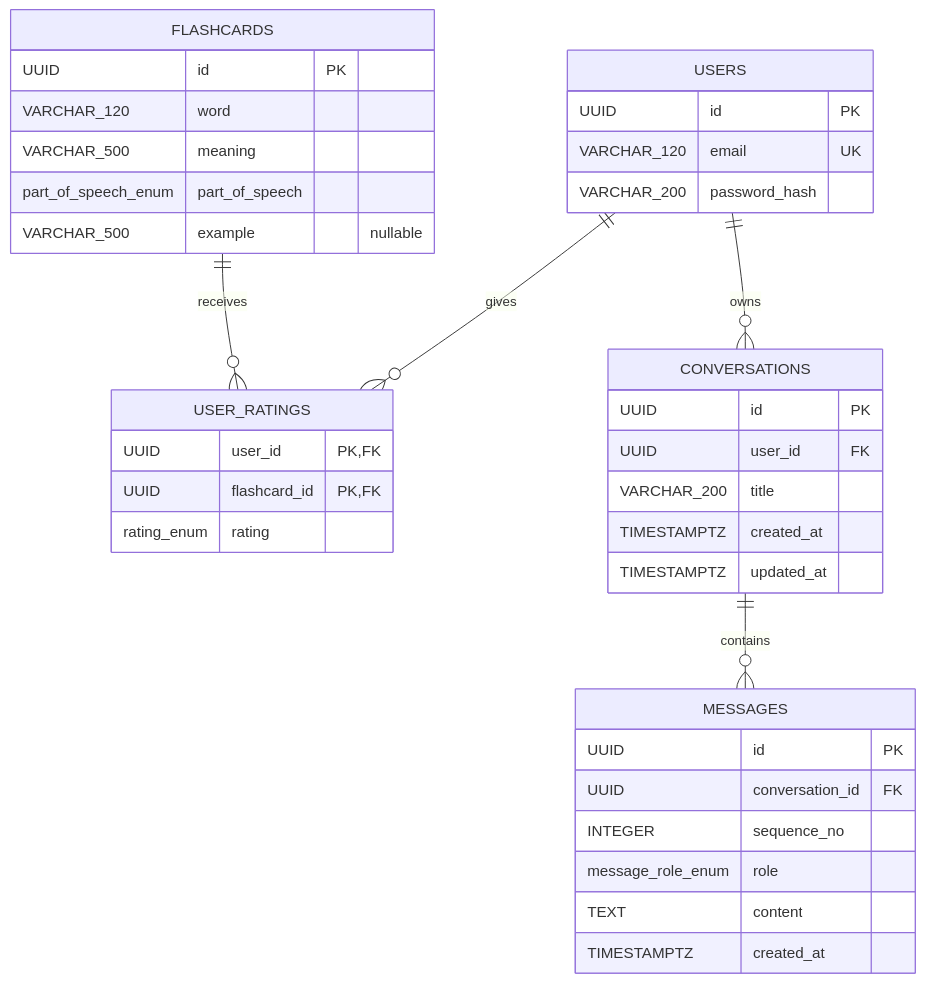
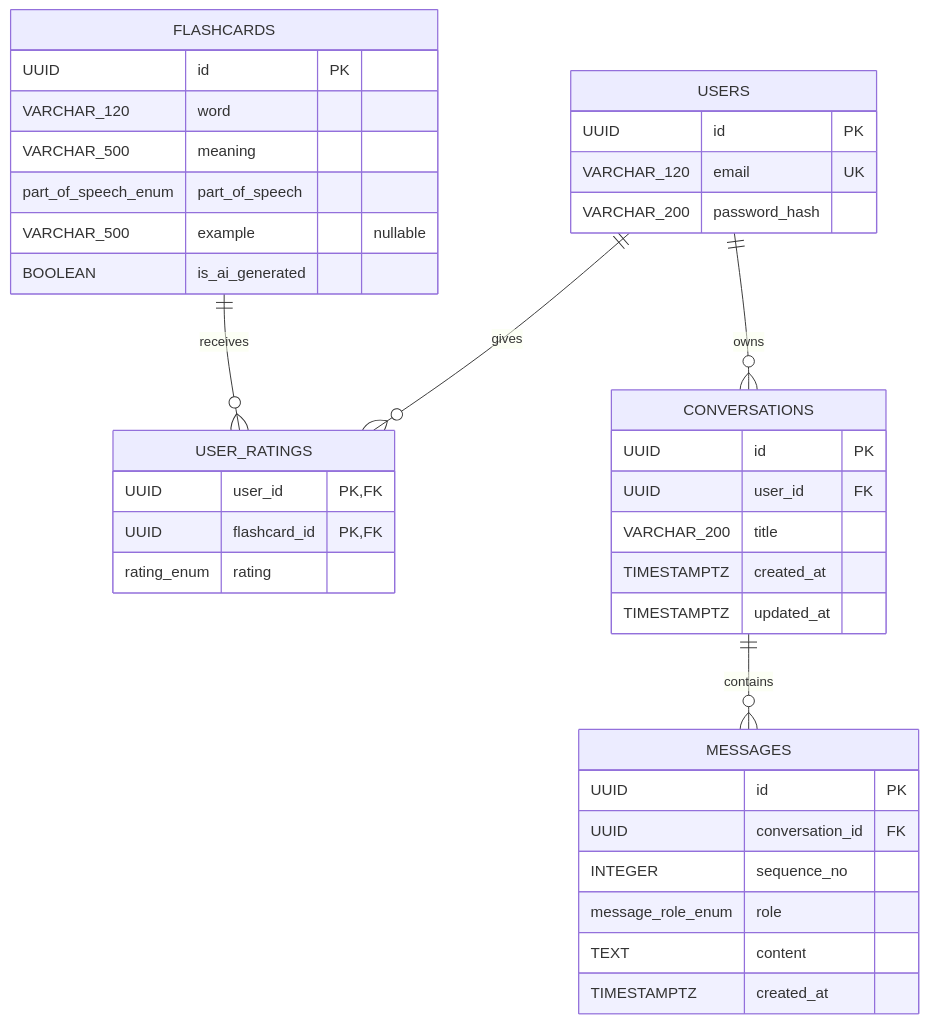
The first of 4 diagrams in docs/architecture.md (MateDawid/EnglishAITutor), drawn with Mermaid before and after one commit. The commit also changed other lines of this file, not shown here.

Commit message:
AI generated flashcards

````diff
--- a/docs/architecture.md
+++ b/docs/architecture.md
@@ -120,40 +123,41 @@
 ```mermaid
 erDiagram
     USERS ||--o{ USER_RATINGS : gives
     FLASHCARDS ||--o{ USER_RATINGS : receives
     USERS ||--o{ CONVERSATIONS : owns
     CONVERSATIONS ||--o{ MESSAGES : contains
 
     USERS {
         UUID id PK
         VARCHAR_120 email UK
         VARCHAR_200 password_hash
     }
     FLASHCARDS {
         UUID id PK
         VARCHAR_120 word
         VARCHAR_500 meaning
         part_of_speech_enum part_of_speech
         VARCHAR_500 example "nullable"
+        BOOLEAN is_ai_generated
     }
     USER_RATINGS {
         UUID user_id PK, FK
         UUID flashcard_id PK, FK
         rating_enum rating
     }
     CONVERSATIONS {
         UUID id PK
         UUID user_id FK
         VARCHAR_200 title
         TIMESTAMPTZ created_at
         TIMESTAMPTZ updated_at
     }
     MESSAGES {
         UUID id PK
         UUID conversation_id FK
         INTEGER sequence_no
         message_role_enum role
         TEXT content
         TIMESTAMPTZ created_at
     }
 ```
````
